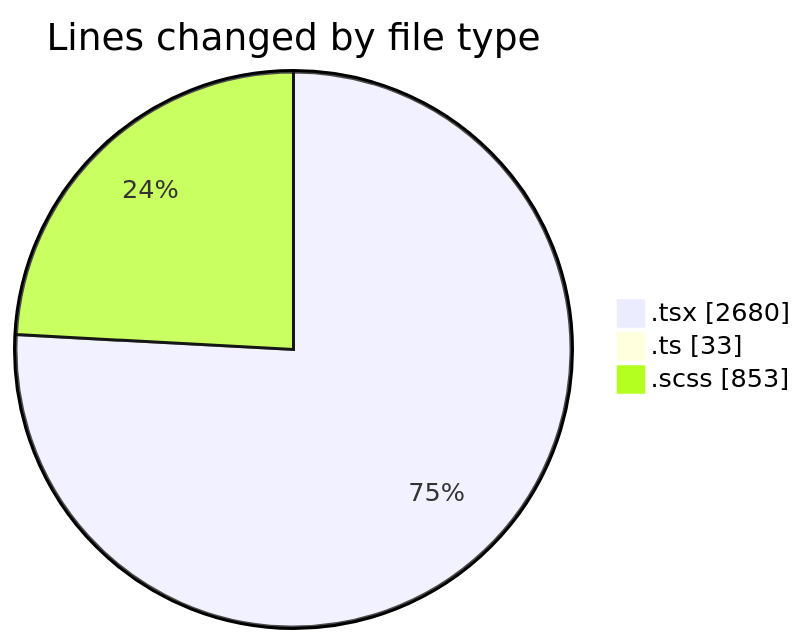
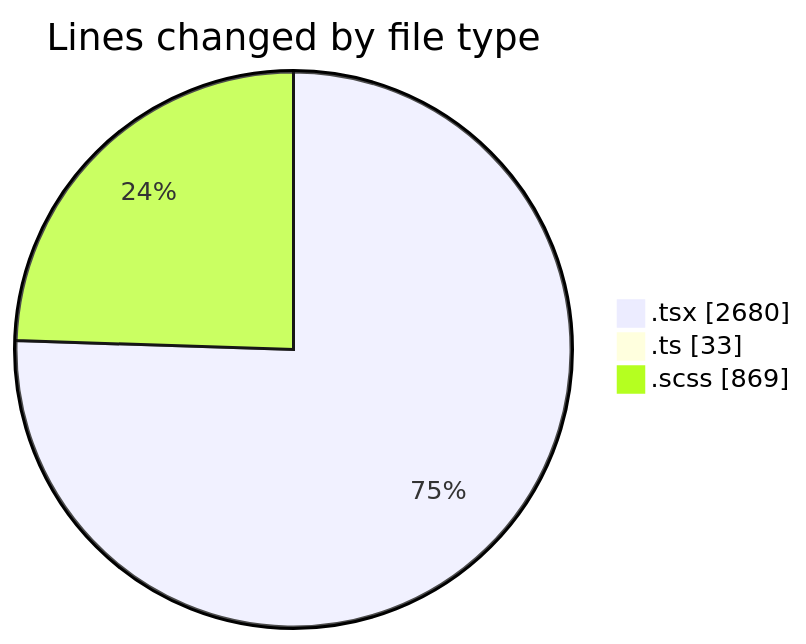
The first of 2 diagrams in 2025-02-12/cda/README.md (momahboobian/code-tracking), drawn with Mermaid before and after one commit. The commit also changed other lines of this file and 1 other file, not shown here.

````diff
--- a/2025-02-12/cda/README.md
+++ b/2025-02-12/cda/README.md
@@ -29,7 +29,7 @@
 ```mermaid
 pie showData
 title Lines changed by file type
 ".tsx" : 2680
 ".ts" : 33
-".scss" : 853
+".scss" : 869
 ```
````
